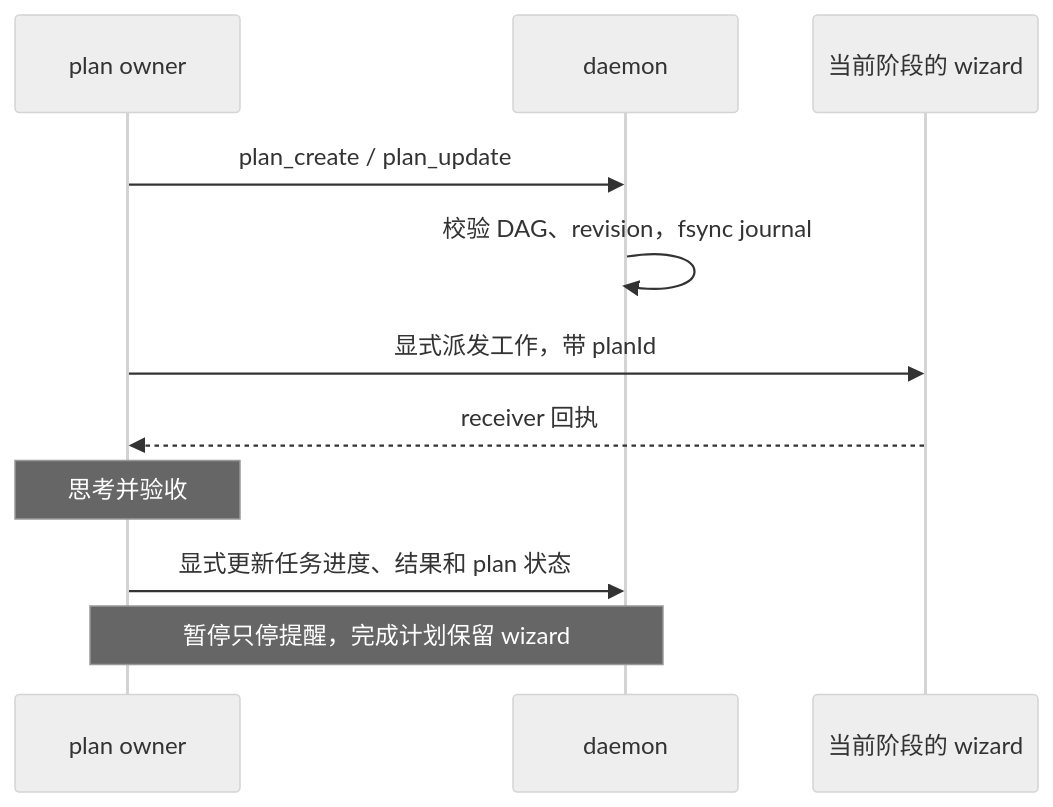
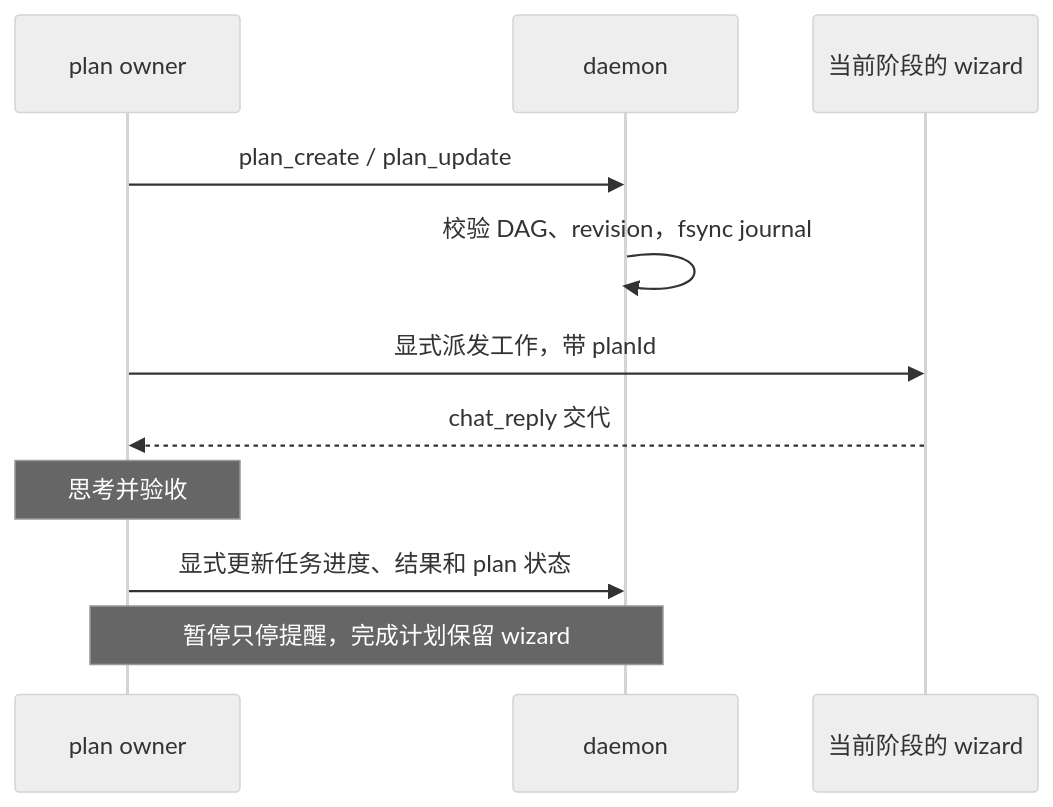
Before and after one commit to guxi11/wezard: the tenth of 13 diagrams in 技术说明.md, drawn with Mermaid (neutral theme). The commit also changed other lines of this file and 3 other files, not shown here.

````diff
--- a/技术说明.md
+++ b/技术说明.md
@@ -337,13 +342,13 @@
 ```mermaid
 sequenceDiagram
     participant W as plan owner
     participant D as daemon
     participant K as 当前阶段的 wizard
     W->>D: plan_create / plan_update
     D->>D: 校验 DAG、revision，fsync journal
     W->>K: 显式派发工作，带 planId
-    K-->>W: receiver 回执
+    K-->>W: chat_reply 交代
     Note over W: 思考并验收
     W->>D: 显式更新任务进度、结果和 plan 状态
     Note over W,D: 暂停只停提醒，完成计划保留 wizard
 ```
````
